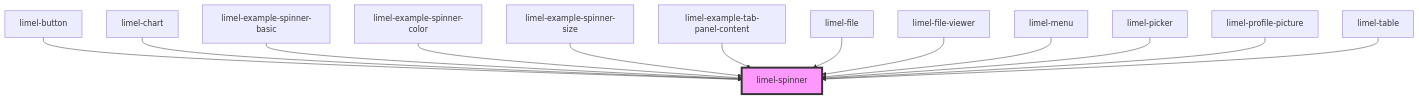
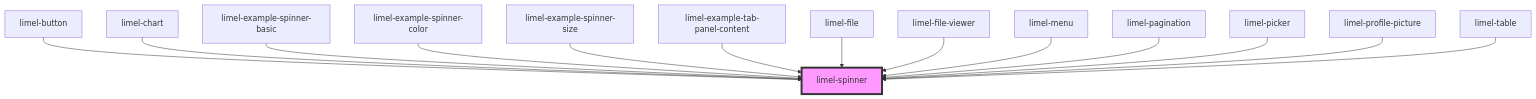
Before and after one commit to Lundalogik/lime-elements: the diagram in versions/PR-4289/markdown-docs/components/spinner/readme.md, drawn with Mermaid. The commit also changed other lines of this file and 595 other files, not shown here.

````diff
--- a/versions/PR-4289/markdown-docs/components/spinner/readme.md
+++ b/versions/PR-4289/markdown-docs/components/spinner/readme.md
@@ -31,16 +32,17 @@
 ```mermaid
 graph TD;
   limel-button --> limel-spinner
   limel-chart --> limel-spinner
   limel-example-spinner-basic --> limel-spinner
   limel-example-spinner-color --> limel-spinner
   limel-example-spinner-size --> limel-spinner
   limel-example-tab-panel-content --> limel-spinner
   limel-file --> limel-spinner
   limel-file-viewer --> limel-spinner
   limel-menu --> limel-spinner
+  limel-pagination --> limel-spinner
   limel-picker --> limel-spinner
   limel-profile-picture --> limel-spinner
   limel-table --> limel-spinner
   style limel-spinner fill:#f9f,stroke:#333,stroke-width:4px
 ```
````
